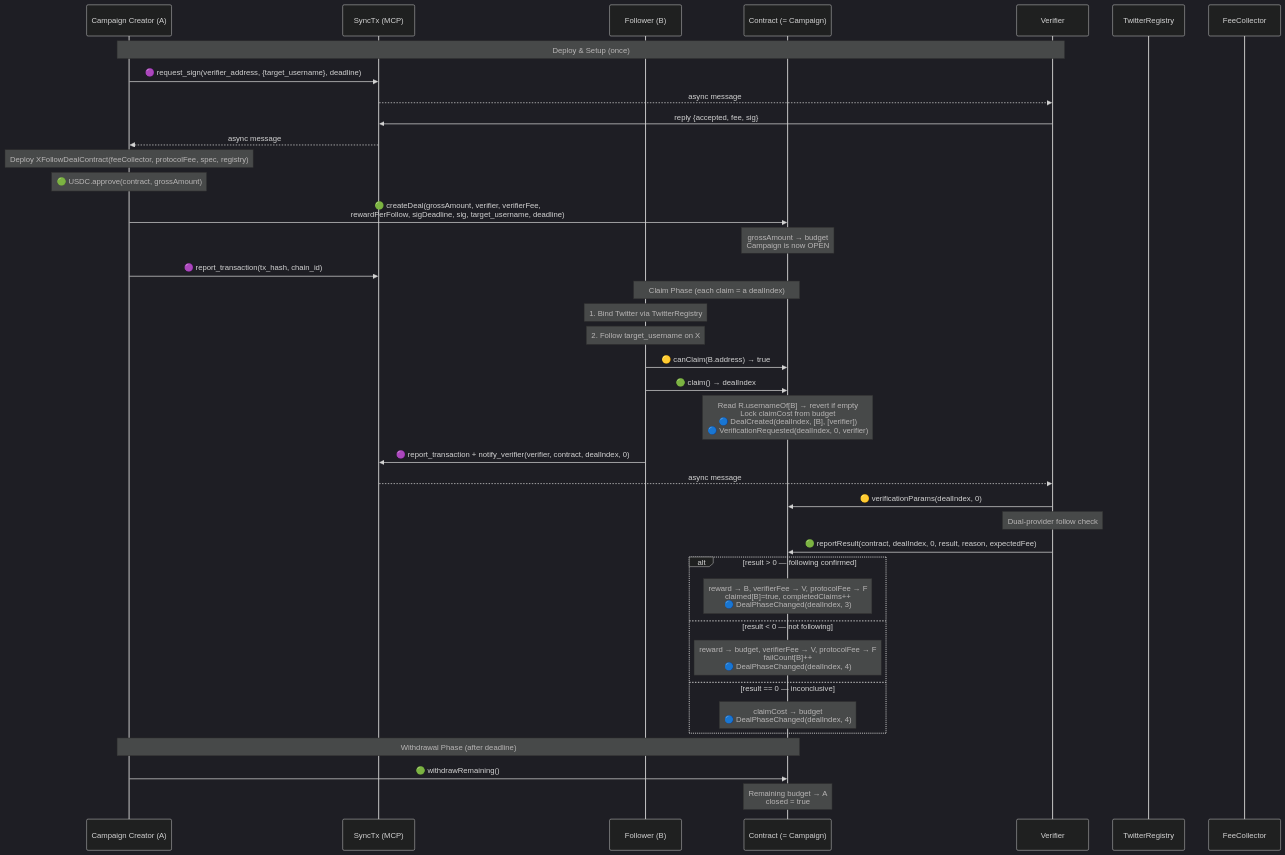
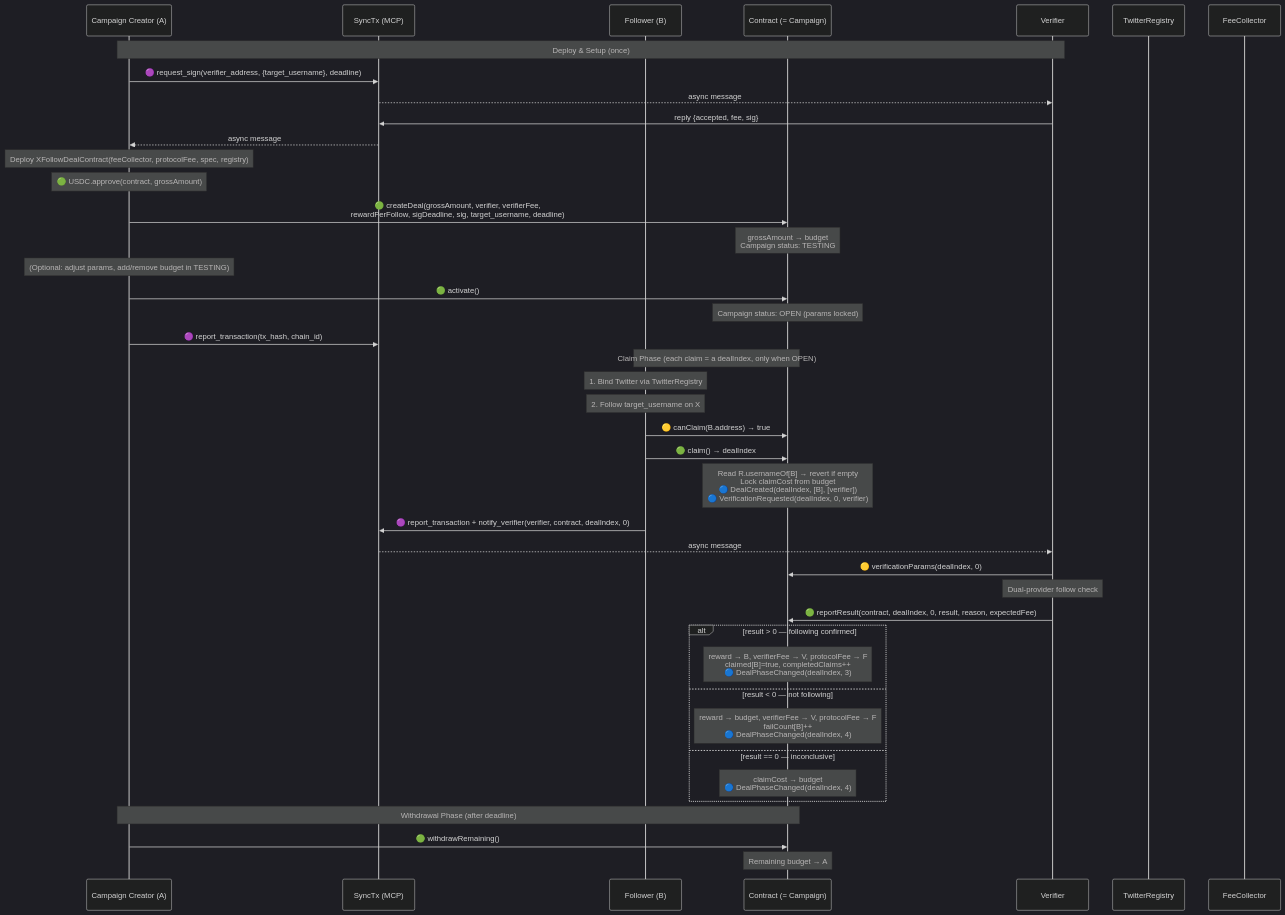
The first of 5 diagrams in examples/x-follow/x-follow-design.md (synctxai/synctx), drawn with Mermaid (dark theme) before and after one commit. The commit also changed other lines of this file and 1 other file, not shown here.

First line of the commit message:
docs(x-follow): add TESTING lifecycle, remove PAUSED/EXHAUSTED/EXPIRED states

````diff
--- a/examples/x-follow/x-follow-design.md
+++ b/examples/x-follow/x-follow-design.md
@@ -173,51 +179,56 @@
 ```mermaid
 sequenceDiagram
     participant A as Campaign Creator (A)
     participant P as SyncTx (MCP)
     participant B as Follower (B)
     participant C as Contract (= Campaign)
     participant V as Verifier
     participant R as TwitterRegistry
     participant F as FeeCollector
 
     Note over A,V: Deploy & Setup (once)
 
     A->>P: 🟣 request_sign(verifier_address, {target_username}, deadline)
     P-->>V: async message
     V->>P: reply {accepted, fee, sig}
     P-->>A: async message
 
     Note over A: Deploy XFollowDealContract(feeCollector, protocolFee, spec, registry)
     Note over A: 🟢 USDC.approve(contract, grossAmount)
     A->>C: 🟢 createDeal(grossAmount, verifier, verifierFee,<br/>rewardPerFollow, sigDeadline, sig, target_username, deadline)
-    Note over C: grossAmount → budget<br/>Campaign is now OPEN
+    Note over C: grossAmount → budget<br/>Campaign status: TESTING
+
+    Note over A: (Optional: adjust params, add/remove budget in TESTING)
+
+    A->>C: 🟢 activate()
+    Note over C: Campaign status: OPEN (params locked)
     A->>P: 🟣 report_transaction(tx_hash, chain_id)
 
-    Note over B,C: Claim Phase (each claim = a dealIndex)
+    Note over B,C: Claim Phase (each claim = a dealIndex, only when OPEN)
 
     Note over B: 1. Bind Twitter via TwitterRegistry
     Note over B: 2. Follow target_username on X
     B->>C: 🟡 canClaim(B.address) → true
     B->>C: 🟢 claim() → dealIndex
     Note over C: Read R.usernameOf[B] → revert if empty<br/>Lock claimCost from budget<br/>🔵 DealCreated(dealIndex, [B], [verifier])<br/>🔵 VerificationRequested(dealIndex, 0, verifier)
     B->>P: 🟣 report_transaction + notify_verifier(verifier, contract, dealIndex, 0)
     P-->>V: async message
 
     V->>C: 🟡 verificationParams(dealIndex, 0)
     Note over V: Dual-provider follow check
 
     V->>C: 🟢 reportResult(contract, dealIndex, 0, result, reason, expectedFee)
 
     alt result > 0 — following confirmed
         Note over C: reward → B, verifierFee → V, protocolFee → F<br/>claimed[B]=true, completedClaims++<br/>🔵 DealPhaseChanged(dealIndex, 3)
     else result < 0 — not following
         Note over C: reward → budget, verifierFee → V, protocolFee → F<br/>failCount[B]++<br/>🔵 DealPhaseChanged(dealIndex, 4)
     else result == 0 — inconclusive
         Note over C: claimCost → budget<br/>🔵 DealPhaseChanged(dealIndex, 4)
     end
 
     Note over A,C: Withdrawal Phase (after deadline)
 
     A->>C: 🟢 withdrawRemaining()
-    Note over C: Remaining budget → A<br/>closed = true
+    Note over C: Remaining budget → A
 ```
````
